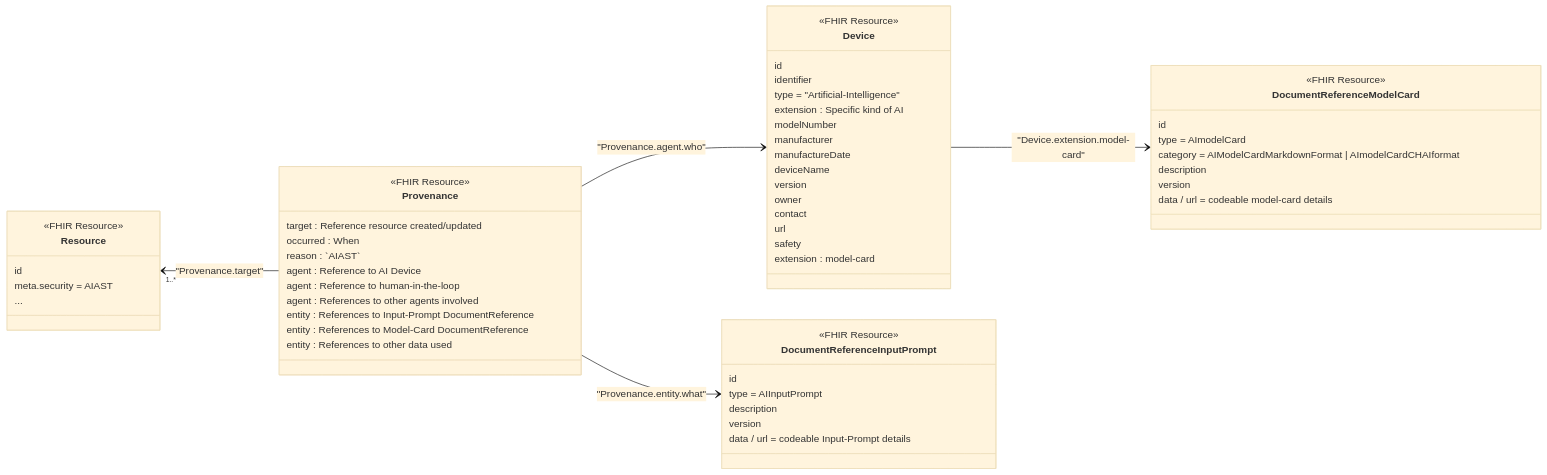
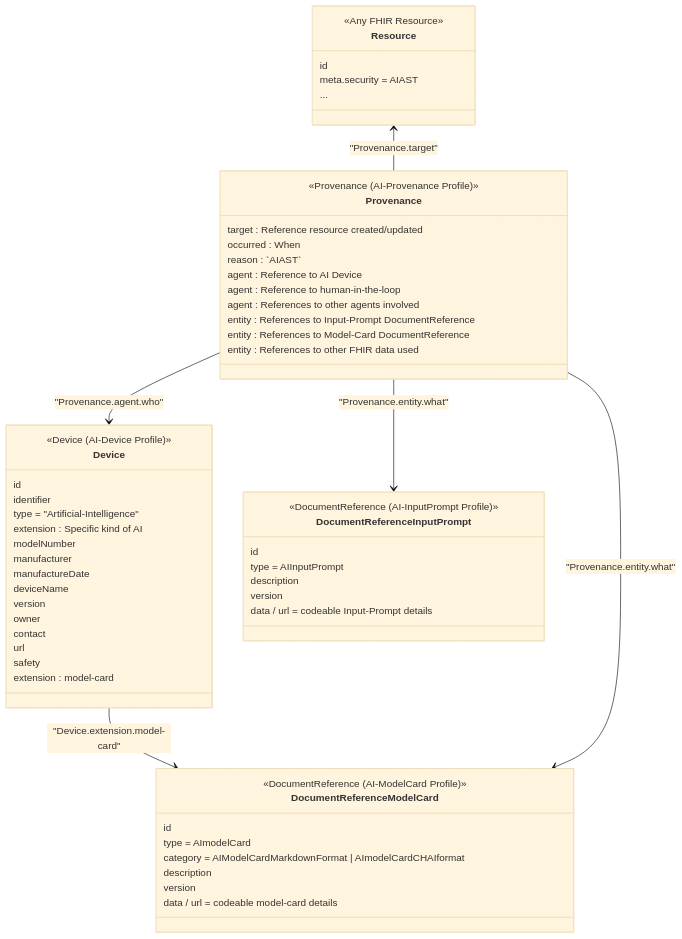
Before and after one commit to HL7/aitransparency-ig: the second of 2 diagrams in input/pagecontent/requirements.md, drawn with Mermaid (base theme). The commit also changed other lines of this file and 3 other files, not shown here.

````diff
--- a/input/pagecontent/requirements.md
+++ b/input/pagecontent/requirements.md
@@ -172,65 +175,66 @@
 ```mermaid
 classDiagram
-    direction LR
+    direction TB
     class Resource {
-        <<FHIR Resource>>
+        <<Any FHIR Resource>>
         id
         meta.security = AIAST
         ...
     }
 
     class Provenance {
-        <<FHIR Resource>>
+        <<Provenance (AI-Provenance Profile)>>
         target : Reference resource created/updated
         occurred : When
         reason : `AIAST`
         agent : Reference to AI Device
         agent : Reference to human-in-the-loop
         agent : References to other agents involved
         entity : References to Input-Prompt DocumentReference
         entity : References to Model-Card DocumentReference
-        entity : References to other data used
+        entity : References to other FHIR data used
     }
 
     class Device {
-        <<FHIR Resource>>
+        <<Device (AI-Device Profile)>>
         id
         identifier
         type = "Artificial-Intelligence"
         extension : Specific kind of AI
         modelNumber
         manufacturer
         manufactureDate
         deviceName
         version
         owner
         contact
         url
         safety
         extension : model-card
     }
 
     class DocumentReferenceModelCard {
-        <<FHIR Resource>>
+        <<DocumentReference (AI-ModelCard Profile)>>
         id
         type = AImodelCard
         category = AIModelCardMarkdownFormat  | AImodelCardCHAIformat
         description
         version
         data / url = codeable model-card details
     }
 
     class DocumentReferenceInputPrompt {
-        <<FHIR Resource>>
+        <<DocumentReference (AI-InputPrompt Profile)>>
         id
         type = AIInputPrompt
         description
         version
         data / url = codeable Input-Prompt details
     }
 
-    Resource "1..*" <-- Provenance : "Provenance.target"
+    Resource <-- Provenance : "Provenance.target"
     Provenance --> Device : "Provenance.agent.who"
     Device --> DocumentReferenceModelCard : "Device.extension.model-card"
+    Provenance --> DocumentReferenceModelCard : "Provenance.entity.what"
     Provenance --> DocumentReferenceInputPrompt : "Provenance.entity.what"
 ```
````
